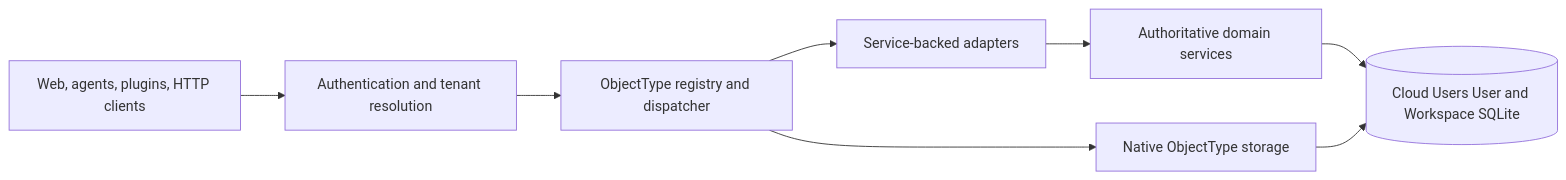
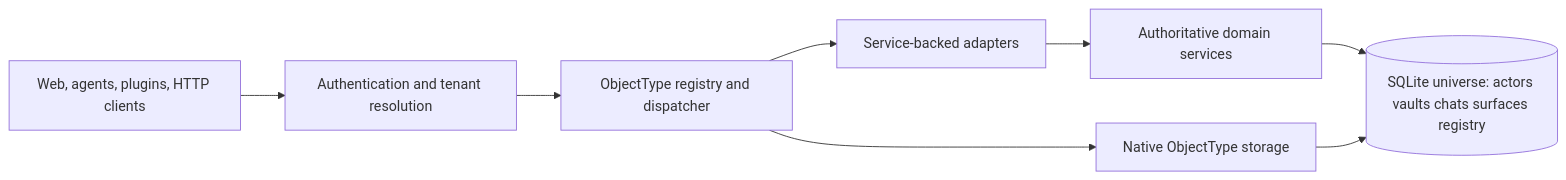
Before and after one commit to ReBoticsAI/GodMode: the first of 4 diagrams in docs/architecture.md, drawn with Mermaid. The commit also changed other lines of this file and 61 other files, not shown here.

First line of the commit message:
WIP: Graph architecture map with Workspaces and Agents.

````diff
--- a/docs/architecture.md
+++ b/docs/architecture.md
@@ -21,13 +21,13 @@
 ```mermaid
 flowchart LR
   Consumers[Web, agents, plugins, HTTP clients]
   Auth[Authentication and tenant resolution]
   Kernel[ObjectType registry and dispatcher]
   Adapters[Service-backed adapters]
   Native[Native ObjectType storage]
   Services[Authoritative domain services]
-  Databases[(Cloud Users User and Workspace SQLite)]
+  Databases[(SQLite universe: actors vaults chats surfaces registry)]
   Consumers --> Auth --> Kernel
   Kernel --> Adapters --> Services --> Databases
   Kernel --> Native --> Databases
 ```
````
